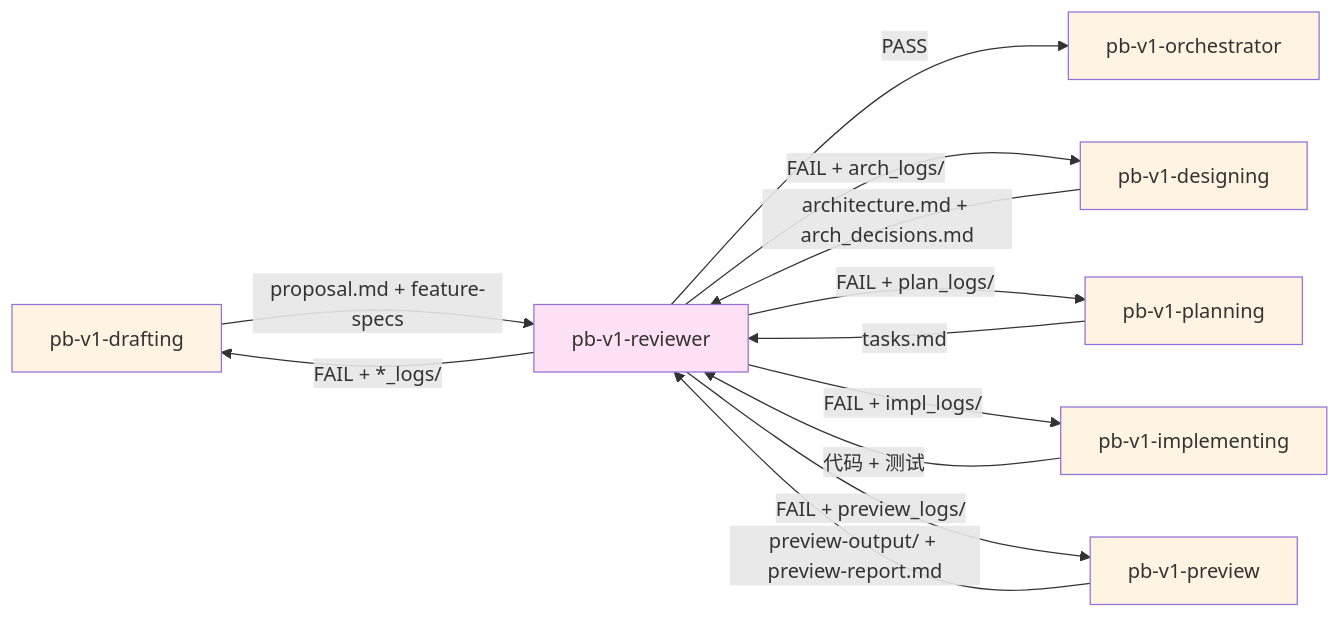
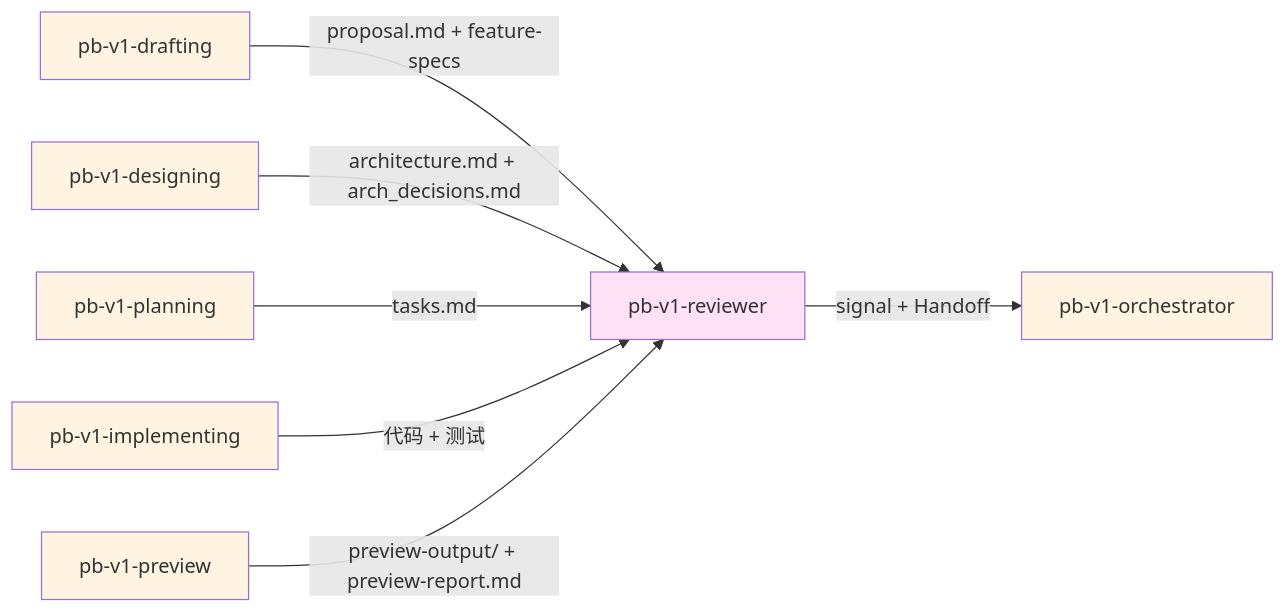
The second of 2 diagrams in skills/pb-v1-reviewer/SKILL.md (chenchiyuan/powerby-skills), drawn with Mermaid before and after one commit. The commit also changed other lines of this file and 58 other files, not shown here.

````diff
--- a/skills/pb-v1-reviewer/SKILL.md
+++ b/skills/pb-v1-reviewer/SKILL.md
@@ -631,23 +839,18 @@
 ```mermaid
 graph LR
     DRA[pb-v1-drafting] -->|proposal.md + feature-specs| REV[pb-v1-reviewer]
     DES[pb-v1-designing] -->|architecture.md + arch_decisions.md| REV
     PLA[pb-v1-planning] -->|tasks.md| REV
     IMP[pb-v1-implementing] -->|代码 + 测试| REV
     PRE[pb-v1-preview] -->|preview-output/ + preview-report.md| REV
     
-    REV -->|PASS| ORC[pb-v1-orchestrator]
-    REV -->|FAIL + *_logs/| DRA
-    REV -->|FAIL + arch_logs/| DES
-    REV -->|FAIL + plan_logs/| PLA
-    REV -->|FAIL + impl_logs/| IMP
-    REV -->|FAIL + preview_logs/| PRE
+    REV -->|signal + Handoff| ORC[pb-v1-orchestrator]
     
     style REV fill:#ffe1f5
     style DRA fill:#fff4e1
     style DES fill:#fff4e1
     style PLA fill:#fff4e1
     style IMP fill:#fff4e1
     style PRE fill:#fff4e1
     style ORC fill:#fff4e1
 ```
````
